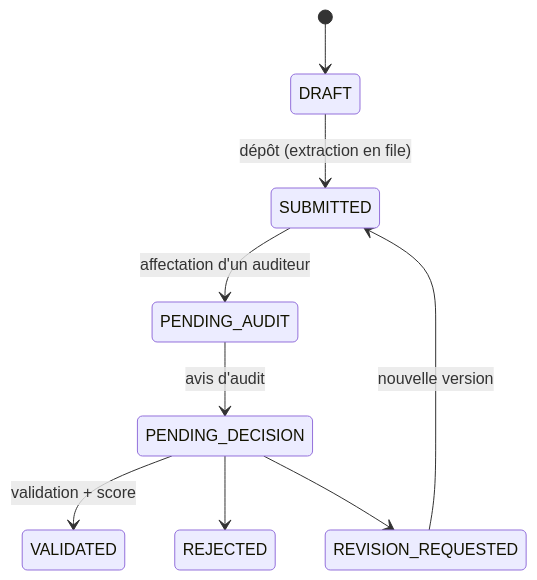
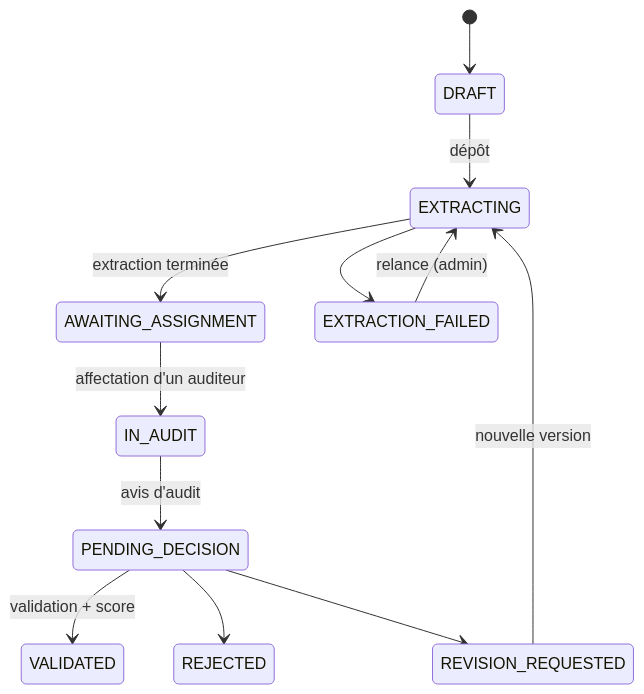
The second of 2 diagrams in README.md (cheikhmama/GreenFinance-Scorer), drawn with Mermaid before and after one commit. The commit also changed other lines of this file and 41 other files, not shown here.

````diff
--- a/README.md
+++ b/README.md
@@ -120,11 +121,14 @@
 ```mermaid
 stateDiagram-v2
     [*] --> DRAFT
-    DRAFT --> SUBMITTED : dépôt (extraction en file)
-    SUBMITTED --> PENDING_AUDIT : affectation d'un auditeur
-    PENDING_AUDIT --> PENDING_DECISION : avis d'audit
+    DRAFT --> EXTRACTING : dépôt
+    EXTRACTING --> AWAITING_ASSIGNMENT : extraction terminée
+    EXTRACTING --> EXTRACTION_FAILED
+    EXTRACTION_FAILED --> EXTRACTING : relance (admin)
+    AWAITING_ASSIGNMENT --> IN_AUDIT : affectation d'un auditeur
+    IN_AUDIT --> PENDING_DECISION : avis d'audit
     PENDING_DECISION --> VALIDATED : validation + score
     PENDING_DECISION --> REJECTED
     PENDING_DECISION --> REVISION_REQUESTED
-    REVISION_REQUESTED --> SUBMITTED : nouvelle version
+    REVISION_REQUESTED --> EXTRACTING : nouvelle version
 ```
````
